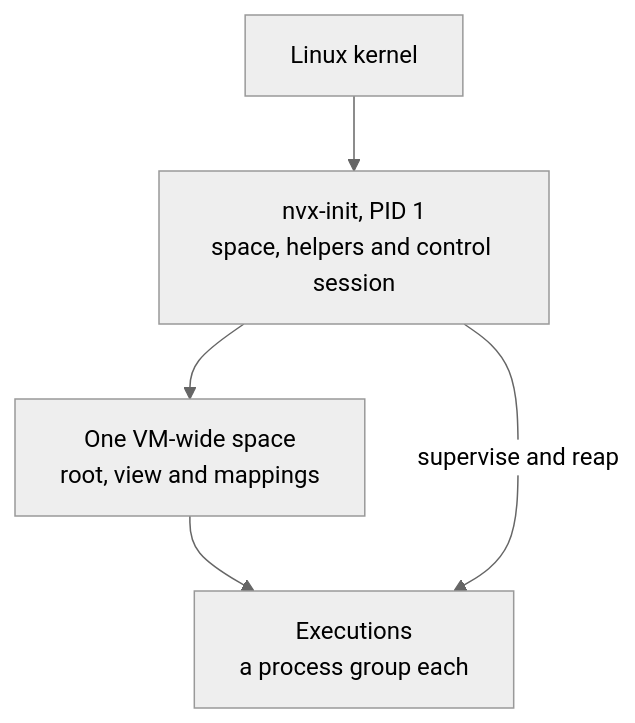
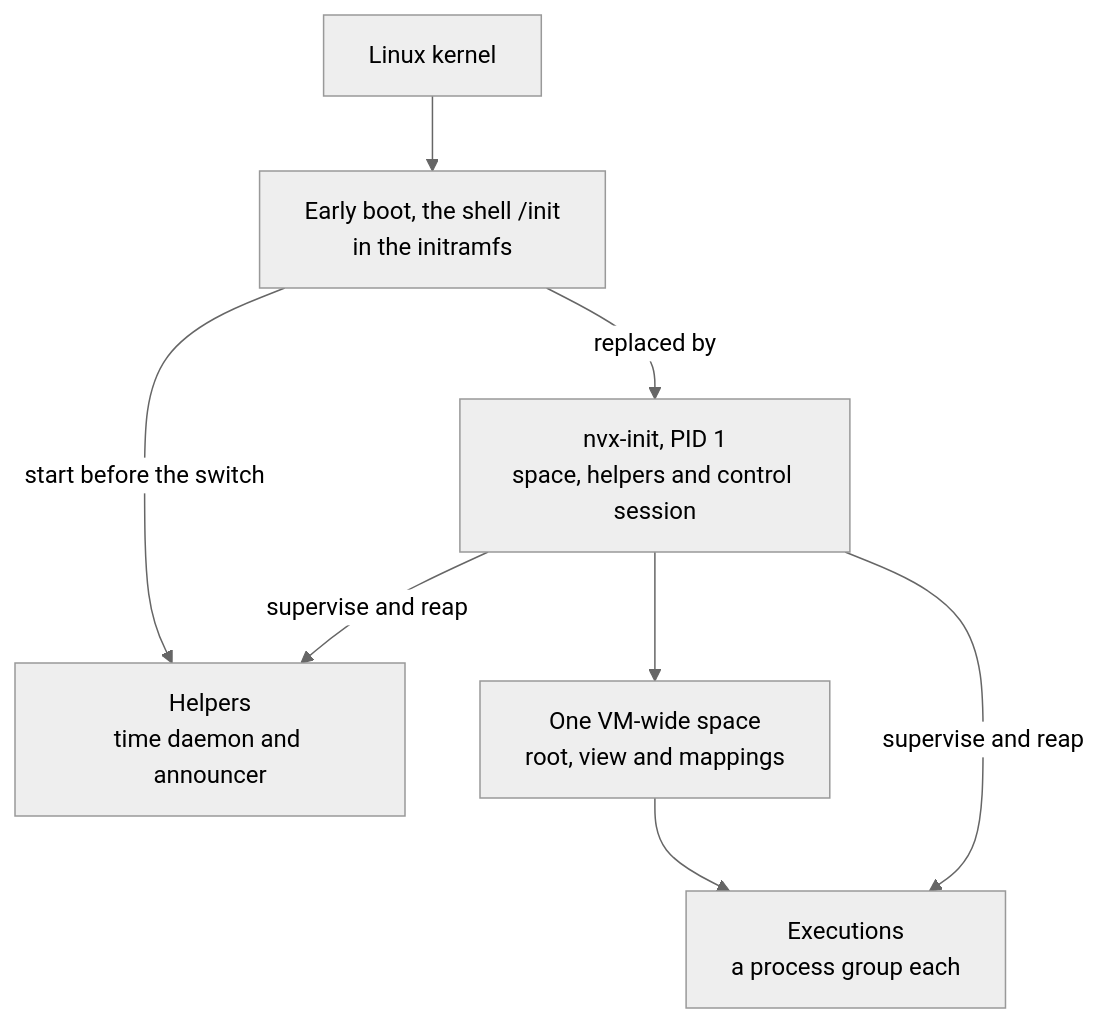
The diagram in doc/design/4.2-guest-agents-and-workload-model.md (microsoft/nvx), drawn with Mermaid (neutral theme) before and after one commit. The commit also changed other lines of this file and 4 other files, not shown here.

````diff
--- a/doc/design/4.2-guest-agents-and-workload-model.md
+++ b/doc/design/4.2-guest-agents-and-workload-model.md
@@ -23,12 +25,17 @@
 ```mermaid
 flowchart TB
    Kernel["Linux kernel"]
+   Boot["Early boot, the shell /init<br/>in the initramfs"]
+   Helpers["Helpers<br/>time daemon and announcer"]
    Init["nvx-init, PID 1<br/>space, helpers and control session"]
    Space["One VM-wide space<br/>root, view and mappings"]
    Workload["Executions<br/>a process group each"]
 
-   Kernel --> Init
+   Kernel --> Boot
+   Boot -->|"start before the switch"| Helpers
+   Boot -->|"replaced by"| Init
+   Init -->|"supervise and reap"| Helpers
    Init --> Space
    Space --> Workload
    Init -->|"supervise and reap"| Workload
 ```
````
